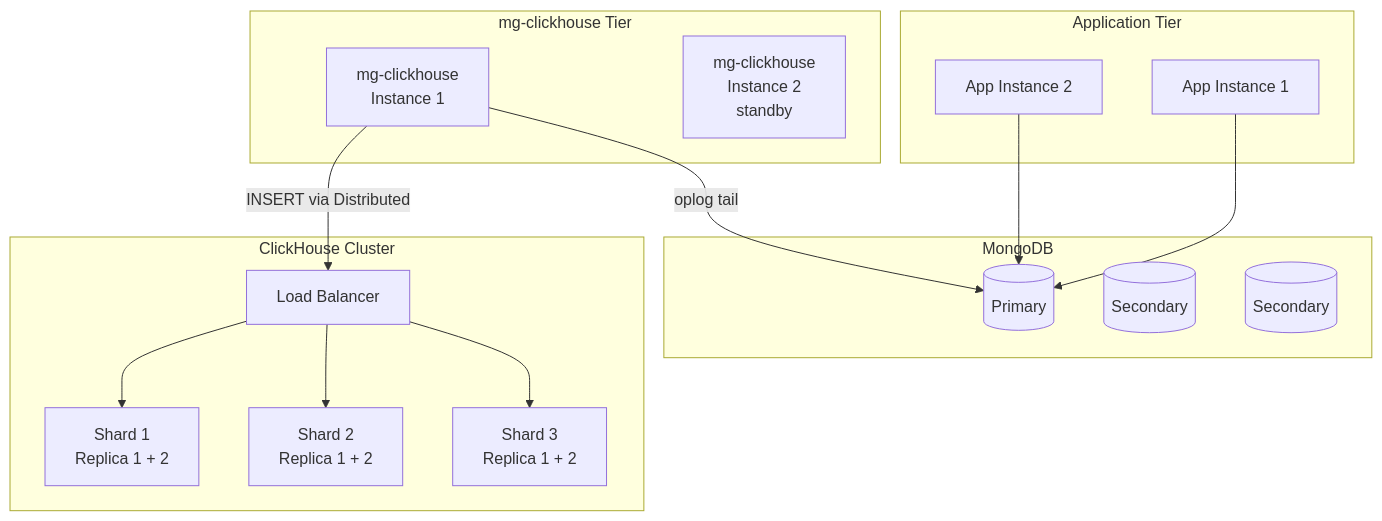
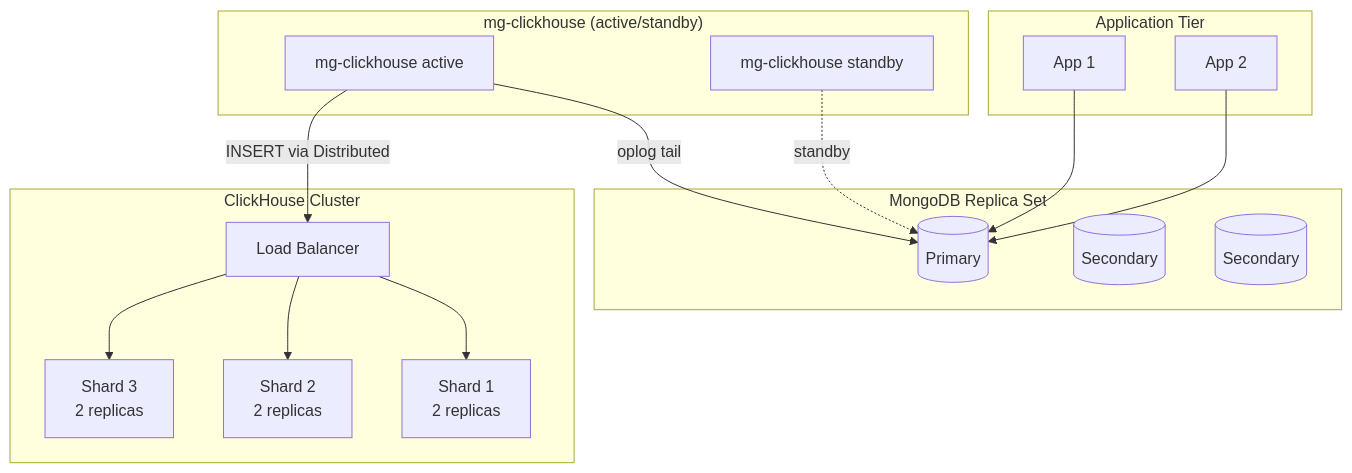
Diagram 14 of 14 in docs/design.md (mrityunjaysharma/mongo-flux), drawn with Mermaid before and after one commit. The commit also changed other lines of this file and 1 other file, not shown here.

````diff
--- a/docs/design.md
+++ b/docs/design.md
@@ -376,33 +411,31 @@
 ```mermaid
 graph TB
-    subgraph Application Tier
-        APP1[App Instance 1]
-        APP2[App Instance 2]
+    subgraph "Application Tier"
+        APP1[App 1]
+        APP2[App 2]
     end
 
-    subgraph mg-clickhouse Tier
-        MGC1[mg-clickhouse<br/>Instance 1]
-        MGC2[mg-clickhouse<br/>Instance 2<br/>standby]
+    subgraph "mg-clickhouse (active/standby)"
+        MGC1[mg-clickhouse active]
+        MGC2[mg-clickhouse standby]
     end
 
-    subgraph MongoDB
+    subgraph "MongoDB Replica Set"
         PRIMARY[(Primary)]
         SEC1[(Secondary)]
         SEC2[(Secondary)]
     end
 
-    subgraph ClickHouse Cluster
+    subgraph "ClickHouse Cluster"
         LB[Load Balancer]
-        S1[Shard 1<br/>Replica 1 + 2]
-        S2[Shard 2<br/>Replica 1 + 2]
-        S3[Shard 3<br/>Replica 1 + 2]
+        S1[Shard 1<br/>2 replicas]
+        S2[Shard 2<br/>2 replicas]
+        S3[Shard 3<br/>2 replicas]
     end
 
-    APP1 --> PRIMARY
-    APP2 --> PRIMARY
+    APP1 & APP2 --> PRIMARY
     MGC1 -->|oplog tail| PRIMARY
     MGC1 -->|INSERT via Distributed| LB
-    LB --> S1
-    LB --> S2
-    LB --> S3
+    LB --> S1 & S2 & S3
+    MGC2 -.->|standby| PRIMARY
 ```
````
